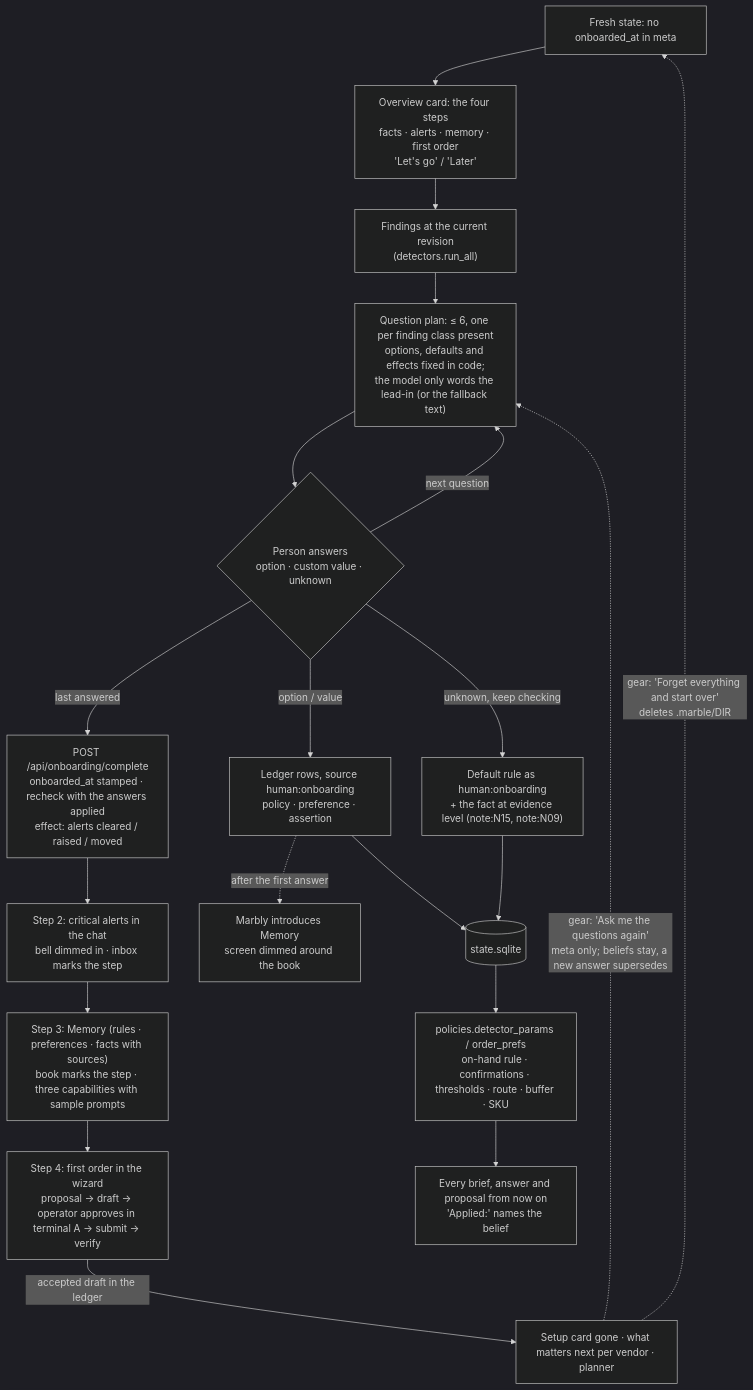
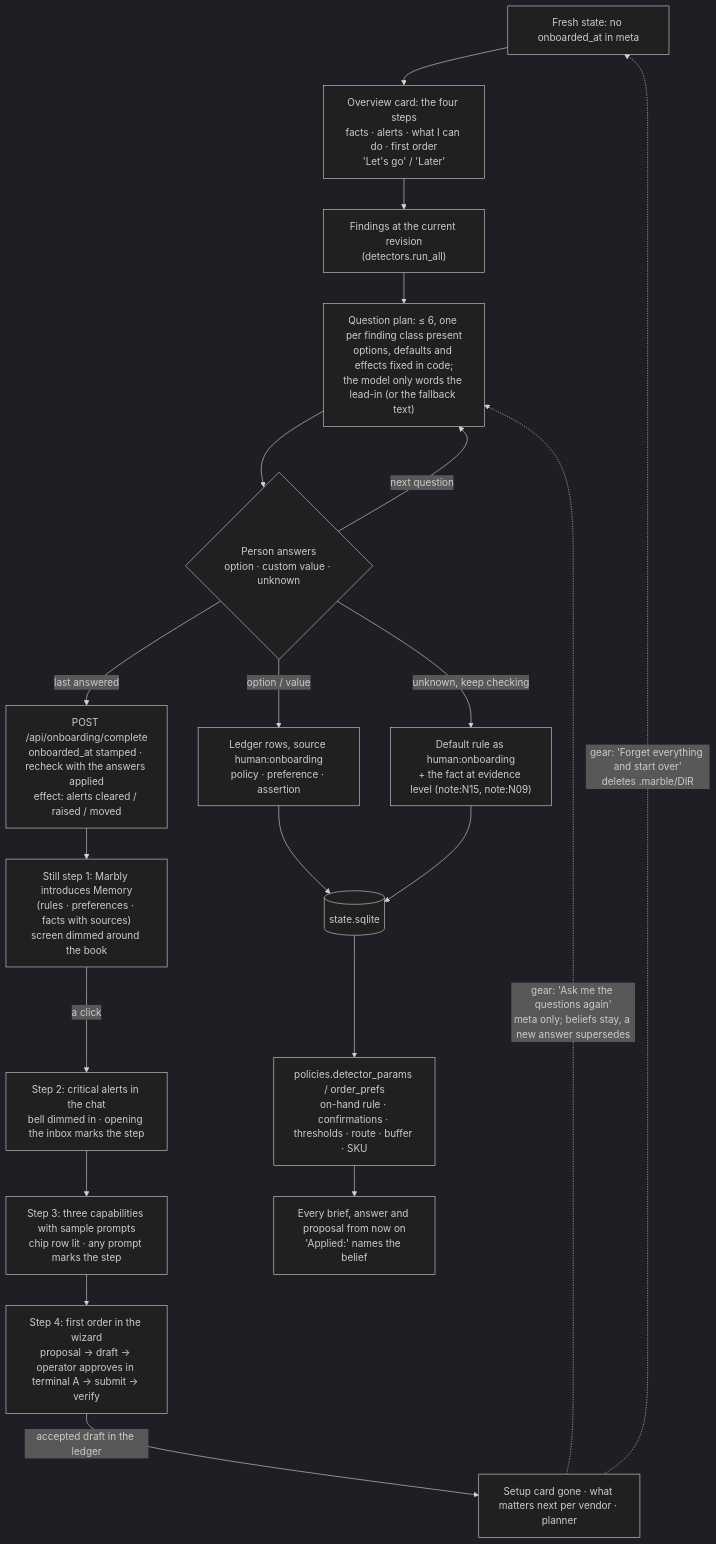
The diagram in docs/diagrams/02-onboarding.md (lilaland/lantern-yard-assistant), drawn with Mermaid (dark theme) before and after one commit. The commit also changed other lines of this file and 8 other files, not shown here.

First line of the commit message:
fix: setup steps are facts (then Memory), alerts, capabilities with prompts, first order; the order chip always exists to pulse

````diff
--- a/docs/diagrams/02-onboarding.md
+++ b/docs/diagrams/02-onboarding.md
@@ -3,22 +3,22 @@
 ```mermaid
 flowchart TD
-  S0["Fresh state: no onboarded_at in meta"] --> OV["Overview card: the four steps<br/>facts · alerts · memory · first order<br/>'Let's go' / 'Later'"]
+  S0["Fresh state: no onboarded_at in meta"] --> OV["Overview card: the four steps<br/>facts · alerts · what I can do · first order<br/>'Let's go' / 'Later'"]
   OV --> F["Findings at the current revision<br/>(detectors.run_all)"]
   F --> Q["Question plan: ≤ 6, one per finding class present<br/>options, defaults and effects fixed in code;<br/>the model only words the lead-in (or the fallback text)"]
   Q --> P{"Person answers<br/>option · custom value · unknown"}
   P -- "option / value" --> H["Ledger rows, source human:onboarding<br/>policy · preference · assertion"]
   P -- "unknown, keep checking" --> E["Default rule as human:onboarding<br/>+ the fact at evidence level (note:N15, note:N09)"]
   H --> L[("state.sqlite")]
   E --> L
-  H -. "after the first answer" .-> MI["Marbly introduces Memory<br/>screen dimmed around the book"]
   P -- "next question" --> Q
   P -- "last answered" --> C["POST /api/onboarding/complete<br/>onboarded_at stamped · recheck with the answers applied<br/>effect: alerts cleared / raised / moved"]
-  C --> AL["Step 2: critical alerts in the chat<br/>bell dimmed in · inbox marks the step"]
-  AL --> ME["Step 3: Memory (rules · preferences · facts with sources)<br/>book marks the step · three capabilities with sample prompts"]
-  ME --> O1["Step 4: first order in the wizard<br/>proposal → draft → operator approves in terminal A → submit → verify"]
+  C --> MI["Still step 1: Marbly introduces Memory<br/>(rules · preferences · facts with sources)<br/>screen dimmed around the book"]
+  MI -- "a click" --> AL["Step 2: critical alerts in the chat<br/>bell dimmed in · opening the inbox marks the step"]
+  AL --> CA["Step 3: three capabilities with sample prompts<br/>chip row lit · any prompt marks the step"]
+  CA --> O1["Step 4: first order in the wizard<br/>proposal → draft → operator approves in terminal A → submit → verify"]
   O1 -- "accepted draft in the ledger" --> DONE["Setup card gone · what matters next per vendor · planner"]
   L --> D["policies.detector_params / order_prefs<br/>on-hand rule · confirmations · thresholds · route · buffer · SKU"]
   D --> N["Every brief, answer and proposal from now on<br/>'Applied:' names the belief"]
   DONE -. "gear: 'Ask me the questions again'<br/>meta only; beliefs stay, a new answer supersedes" .-> Q
   DONE -. "gear: 'Forget everything and start over'<br/>deletes .marble/DIR" .-> S0
 ```
````
